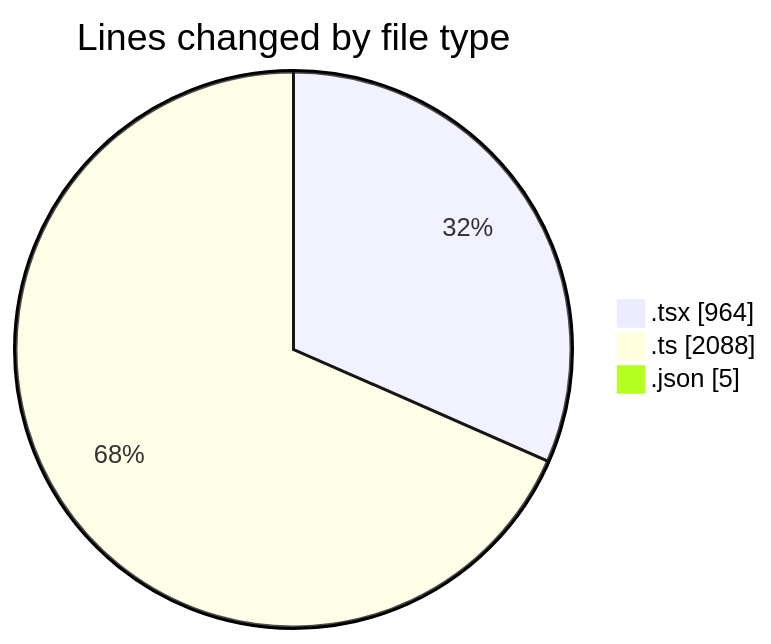
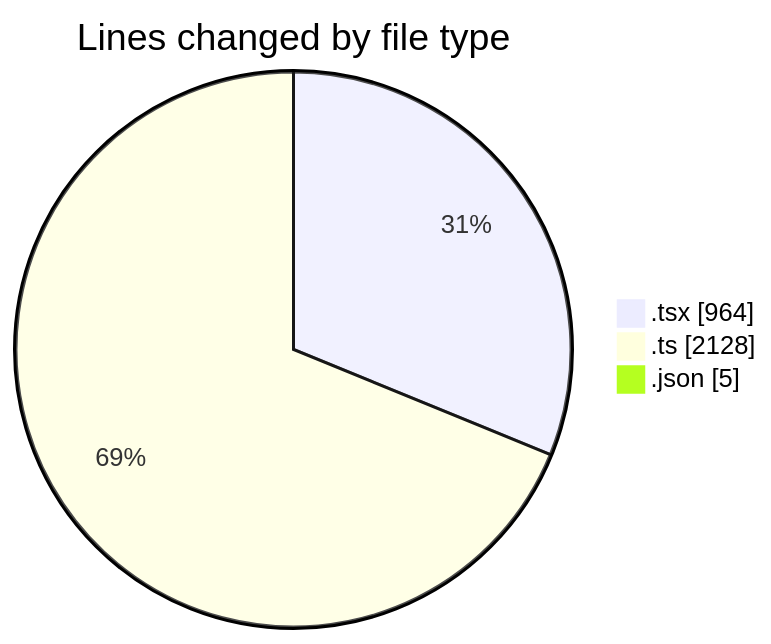
Before and after one commit to julien-gomy/code-tracking: the first of 2 diagrams in 2025-11-23/eventscop-frontend-guide__workspace_/README.md, drawn with Mermaid. The commit also changed other lines of this file and 1 other file, not shown here.

````diff
--- a/2025-11-23/eventscop-frontend-guide__workspace_/README.md
+++ b/2025-11-23/eventscop-frontend-guide__workspace_/README.md
@@ -41,7 +42,7 @@
 ```mermaid
 pie showData
 title Lines changed by file type
 ".tsx" : 964
-".ts" : 2088
+".ts" : 2128
 ".json" : 5
 ```
````
